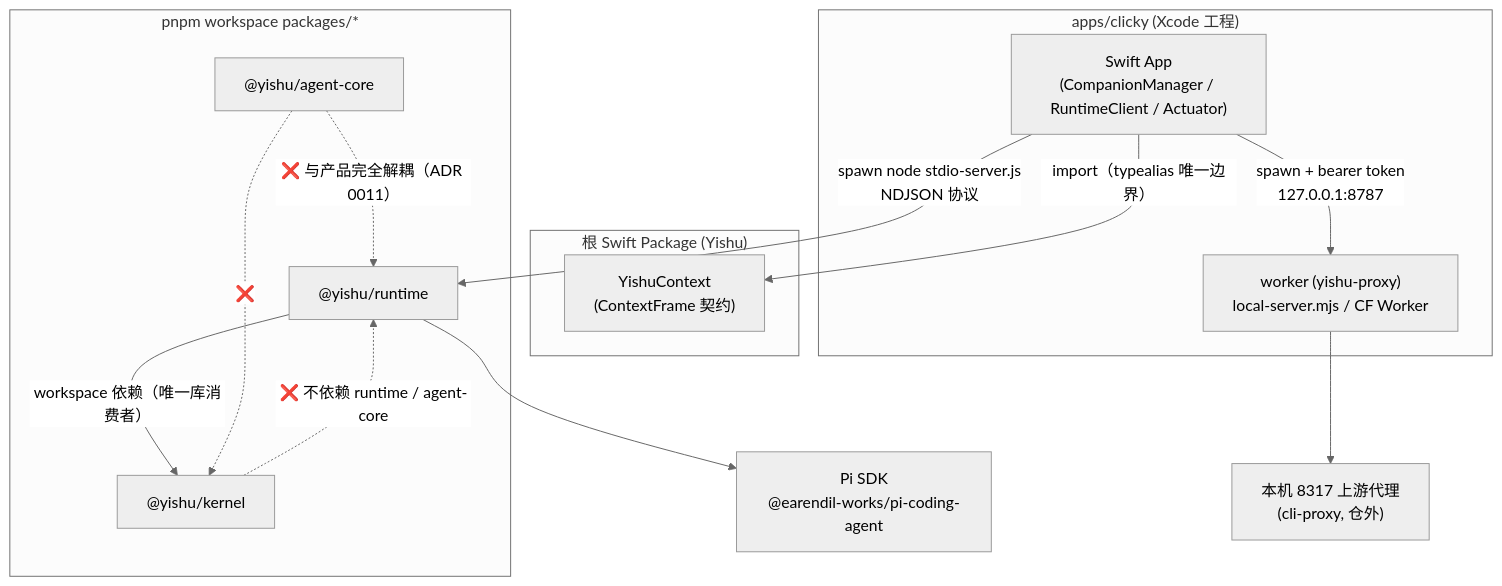
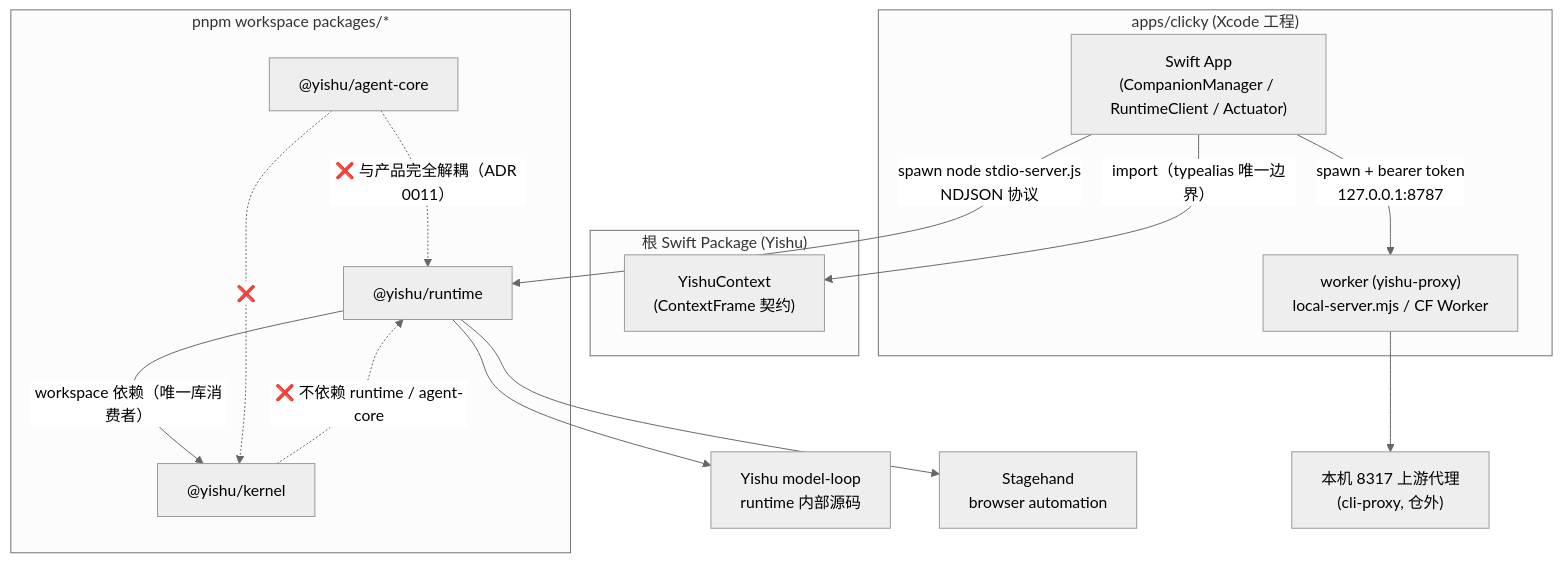
One commit to yishu-ziyu/yishu changed the diagram in docs/wiki/08-dependencies.md. Above: the diagram before and after it, drawn with Mermaid (neutral theme). The commit also changed other lines of this file and 115 other files, not shown here.

````diff
--- a/docs/wiki/08-dependencies.md
+++ b/docs/wiki/08-dependencies.md
@@ -10,30 +10,32 @@
 ```mermaid
 flowchart TD
   subgraph Swift["根 Swift Package (Yishu)"]
     YC["YishuContext<br/>(ContextFrame 契约)"]
   end
 
   subgraph App["apps/clicky (Xcode 工程)"]
     SW["Swift App<br/>(CompanionManager / RuntimeClient / Actuator)"]
     WP["worker (yishu-proxy)<br/>local-server.mjs / CF Worker"]
   end
 
   subgraph Node["pnpm workspace packages/*"]
     K["@yishu/kernel"]
     R["@yishu/runtime"]
     AC["@yishu/agent-core"]
   end
 
-  PI["Pi SDK<br/>@earendil-works/pi-coding-agent"]
+  ML["Yishu model-loop<br/>runtime 内部源码"]
+  STAGEHAND["Stagehand<br/>browser automation"]
   GROK["本机 8317 上游代理<br/>(cli-proxy, 仓外)"]
 
   SW -->|"import（typealias 唯一边界）"| YC
   SW -->|"spawn node stdio-server.js<br/>NDJSON 协议"| R
   SW -->|"spawn + bearer token<br/>127.0.0.1:8787"| WP
   WP --> GROK
   R -->|"workspace 依赖（唯一库消费者）"| K
-  R --> PI
+  R --> ML
+  R --> STAGEHAND
   K -.->|"❌ 不依赖 runtime / agent-core"| R
   AC -.->|"❌ 与产品完全解耦（ADR 0011）"| R
   AC -.->|"❌"| K
 ```
````
